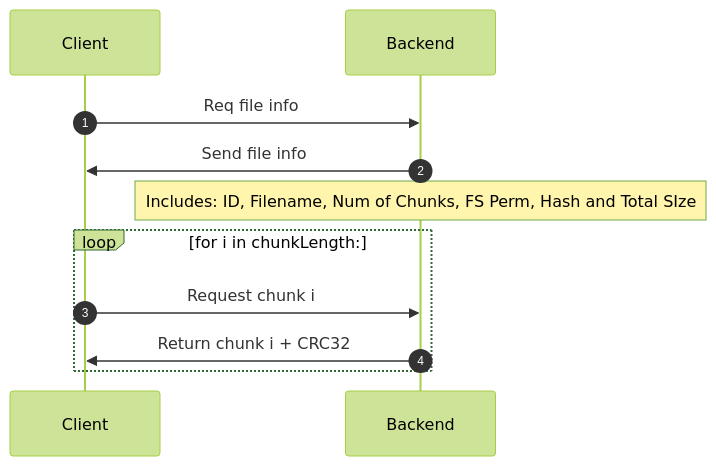
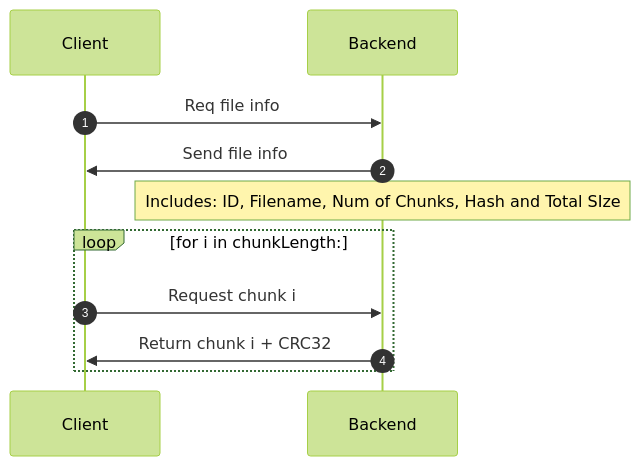
The diagram in documentation/files.md (binaryoverload/Uni-Y3-Project), drawn with Mermaid (forest theme) before and after one commit. The commit also changed other lines of this file and 1 other file, not shown here.

Commit message:
Documentation+Migration: Remove file perms from files table, should be in policy instead

````diff
--- a/documentation/files.md
+++ b/documentation/files.md
@@ -11,11 +13,11 @@
 ```mermaid
 sequenceDiagram
   autonumber
   Client->>Backend: Req file info
   Backend->>Client: Send file info
-  Note over Backend: Includes: ID, Filename, Num of Chunks, FS Perm, Hash and Total SIze
+  Note over Backend: Includes: ID, Filename, Num of Chunks, Hash and Total SIze
   loop for i in chunkLength:
     Client->>Backend: Request chunk i
     Backend->>Client: Return chunk i + CRC32
   end
 ```
````
